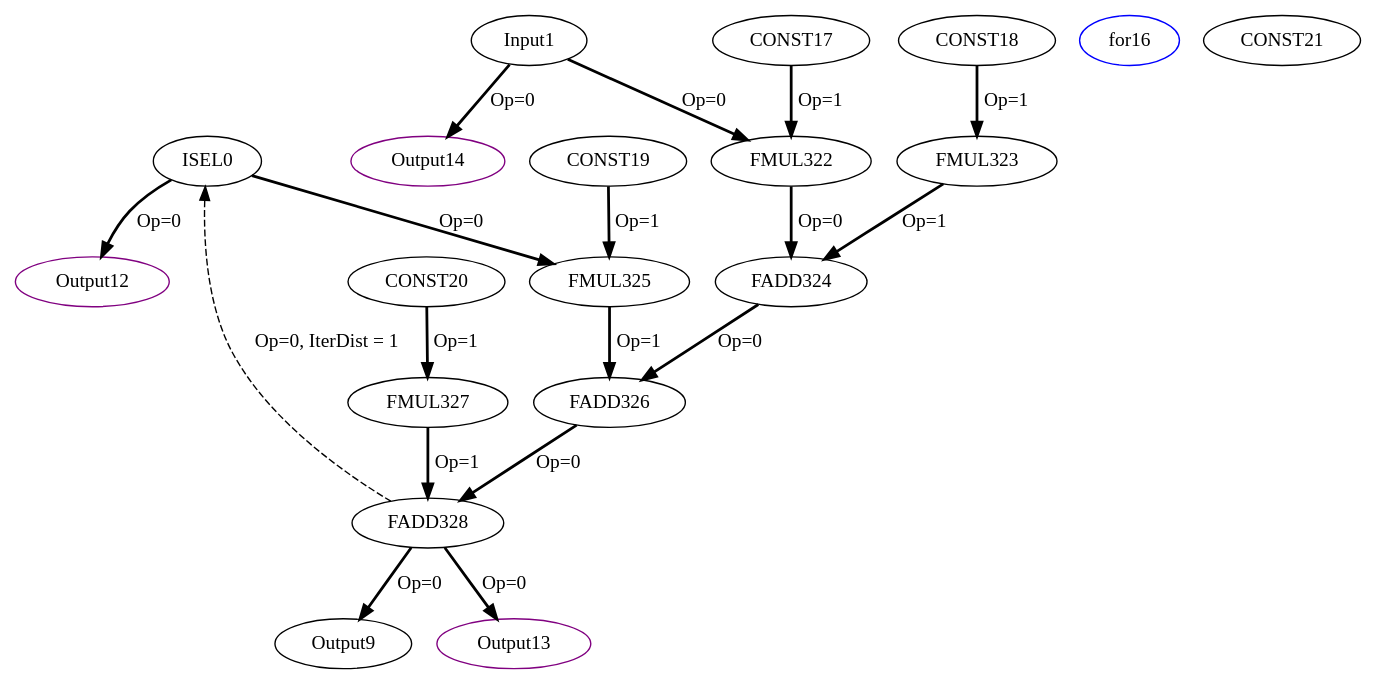
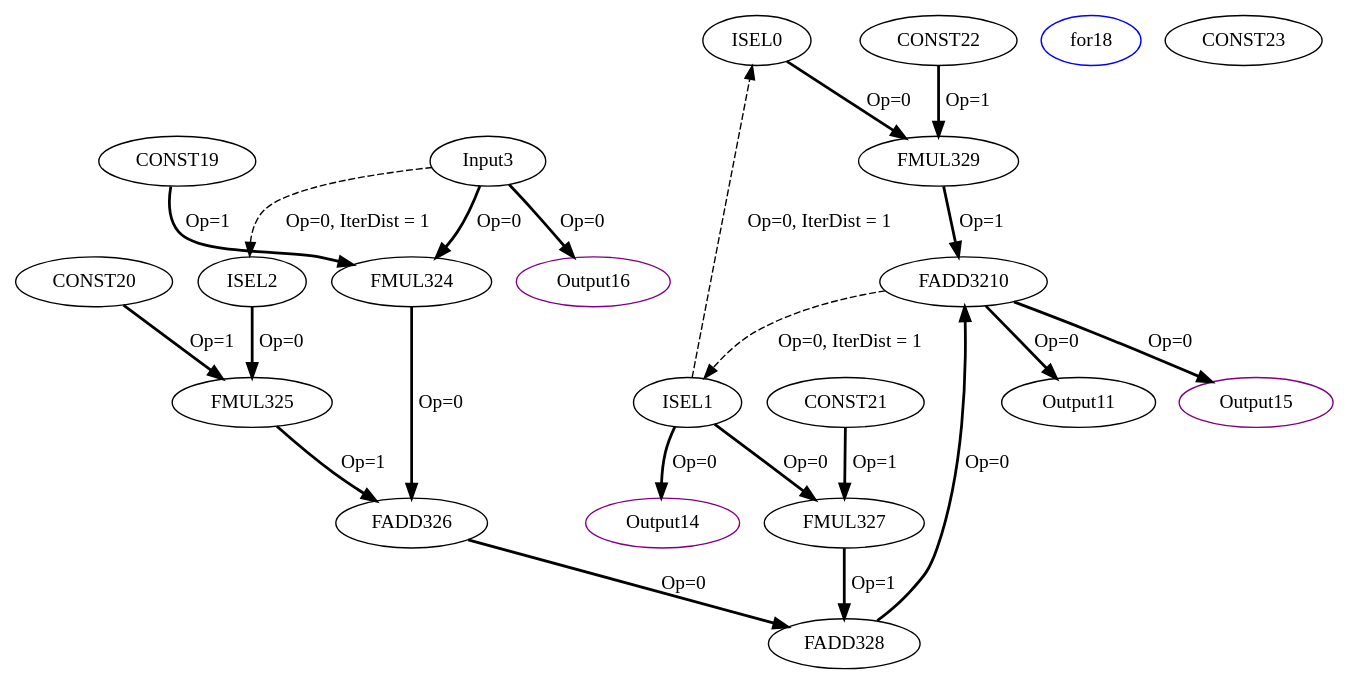
Before and after one commit to MIONkb/adora-compiler: the diagram in experiment/Cbenchmarks/Polybench/medley/deriche/deriche_mini/IR/tempfiles/kernel_deriche_0_2_CDFG.dot, drawn with Graphviz. The commit also changed 382 other files, not shown here.

```diff
--- a/experiment/Cbenchmarks/Polybench/medley/deriche/deriche_mini/IR/tempfiles/kernel_deriche_0_2_CDFG.dot
+++ b/experiment/Cbenchmarks/Polybench/medley/deriche/deriche_mini/IR/tempfiles/kernel_deriche_0_2_CDFG.dot
@@ -1,38 +1,44 @@
 Digraph G {
 ISEL0[opcode = "ISEL", acc_params="0,64,1,1", acc_first=1, color = black];
-Input1[opcode = "Input", ref_name="kernel_deriche_0_0", size="8192", offset="0,0", pattern="4,64,4,32", color = black];
-FMUL322[opcode = "FMUL32", color = black];
-FMUL323[opcode = "FMUL32", color = black];
-FADD324[opcode = "FADD32", color = black];
+ISEL1[opcode = "ISEL", acc_params="0,64,1,1", acc_first=1, color = black];
+ISEL2[opcode = "ISEL", acc_params="0,64,1,1", acc_first=1, color = black];
+Input3[opcode = "Input", ref_name="kernel_deriche_0_0", size="8192", offset="0,0", pattern="4,64,4,32", color = black];
+FMUL324[opcode = "FMUL32", color = black];
 FMUL325[opcode = "FMUL32", color = black];
 FADD326[opcode = "FADD32", color = black];
 FMUL327[opcode = "FMUL32", color = black];
 FADD328[opcode = "FADD32", color = black];
-Output9[opcode = "Output", ref_name="kernel_deriche_0_1", size="8192", offset="0,0", pattern="4,64,4,32", color = black];
-Output12[opcode = "Output", ref_name="kernel_deriche_0_3", size="8", offset="0,0", pattern="0,64,0,32", color = purple];
-Output13[opcode = "Output", ref_name="kernel_deriche_0_4", size="8", offset="0,0", pattern="0,64,0,32", color = purple];
-Output14[opcode = "Output", ref_name="kernel_deriche_0_2", size="8", offset="0,0", pattern="0,64,0,32", color = purple];
-for16[opcode = "for", color = blue];
-CONST17[opcode = "CONST", value="0xBE4135C4", color = black];
-CONST18[opcode = "CONST", value="0x3DE1B54C", color = black];
-CONST19[opcode = "CONST", value="0x3F5744FD", color = black];
-CONST20[opcode = "CONST", value="0xBF1B4598", color = black];
-CONST21[opcode = "CONST", value="0x00000000", color = black];
-Input1 -> FMUL322[color = black, style = bold, operand = 0, label = "Op=0"];
-CONST17 -> FMUL322[color = black, style = bold, operand = 1, label = "Op=1"];
-CONST18 -> FMUL323[color = black, style = bold, operand = 1, label = "Op=1"];
-FMUL322 -> FADD324[color = black, style = bold, operand = 0, label = "Op=0"];
-FMUL323 -> FADD324[color = black, style = bold, operand = 1, label = "Op=1"];
-ISEL0 -> FMUL325[color = black, style = bold, operand = 0, label = "Op=0"];
-CONST19 -> FMUL325[color = black, style = bold, operand = 1, label = "Op=1"];
-FADD324 -> FADD326[color = black, style = bold, operand = 0, label = "Op=0"];
+FMUL329[opcode = "FMUL32", color = black];
+FADD3210[opcode = "FADD32", color = black];
+Output11[opcode = "Output", ref_name="kernel_deriche_0_1", size="8192", offset="0,0", pattern="4,64,4,32", color = black];
+Output14[opcode = "Output", ref_name="kernel_deriche_0_3", size="8", offset="0,0", pattern="0,64,0,32", color = purple];
+Output15[opcode = "Output", ref_name="kernel_deriche_0_4", size="8", offset="0,0", pattern="0,64,0,32", color = purple];
+Output16[opcode = "Output", ref_name="kernel_deriche_0_2", size="8", offset="0,0", pattern="0,64,0,32", color = purple];
+for18[opcode = "for", color = blue];
+CONST19[opcode = "CONST", value="0xBE4135C4", color = black];
+CONST20[opcode = "CONST", value="0x3DE1B54C", color = black];
+CONST21[opcode = "CONST", value="0x3F5744FD", color = black];
+CONST22[opcode = "CONST", value="0xBF1B4598", color = black];
+CONST23[opcode = "CONST", value="0x00000000", color = black];
+Input3 -> FMUL324[color = black, style = bold, operand = 0, label = "Op=0"];
+CONST19 -> FMUL324[color = black, style = bold, operand = 1, label = "Op=1"];
+ISEL2 -> FMUL325[color = black, style = bold, operand = 0, label = "Op=0"];
+CONST20 -> FMUL325[color = black, style = bold, operand = 1, label = "Op=1"];
+FMUL324 -> FADD326[color = black, style = bold, operand = 0, label = "Op=0"];
 FMUL325 -> FADD326[color = black, style = bold, operand = 1, label = "Op=1"];
-CONST20 -> FMUL327[color = black, style = bold, operand = 1, label = "Op=1"];
+ISEL1 -> FMUL327[color = black, style = bold, operand = 0, label = "Op=0"];
+CONST21 -> FMUL327[color = black, style = bold, operand = 1, label = "Op=1"];
 FADD326 -> FADD328[color = black, style = bold, operand = 0, label = "Op=0"];
 FMUL327 -> FADD328[color = black, style = bold, operand = 1, label = "Op=1"];
-FADD328 -> Output9[color = black, style = bold, operand = 0, label = "Op=0"];
-FADD328 -> ISEL0[color = black, style = dashed, operand = 0, iterdist = 1, label = "Op=0, IterDist = 1"];
-Input1 -> Output14[color = black, style = bold, operand = 0, label = "Op=0"];
-FADD328 -> Output13[color = black, style = bold, operand = 0, label = "Op=0"];
-ISEL0 -> Output12[color = black, style = bold, operand = 0, label = "Op=0"];
+ISEL0 -> FMUL329[color = black, style = bold, operand = 0, label = "Op=0"];
+CONST22 -> FMUL329[color = black, style = bold, operand = 1, label = "Op=1"];
+FADD328 -> FADD3210[color = black, style = bold, operand = 0, label = "Op=0"];
+FMUL329 -> FADD3210[color = black, style = bold, operand = 1, label = "Op=1"];
+FADD3210 -> Output11[color = black, style = bold, operand = 0, label = "Op=0"];
+Input3 -> ISEL2[color = black, style = dashed, operand = 0, iterdist = 1, label = "Op=0, IterDist = 1"];
+FADD3210 -> ISEL1[color = black, style = dashed, operand = 0, iterdist = 1, label = "Op=0, IterDist = 1"];
+ISEL1 -> ISEL0[color = black, style = dashed, operand = 0, iterdist = 1, label = "Op=0, IterDist = 1"];
+Input3 -> Output16[color = black, style = bold, operand = 0, label = "Op=0"];
+FADD3210 -> Output15[color = black, style = bold, operand = 0, label = "Op=0"];
+ISEL1 -> Output14[color = black, style = bold, operand = 0, label = "Op=0"];
 }
```
